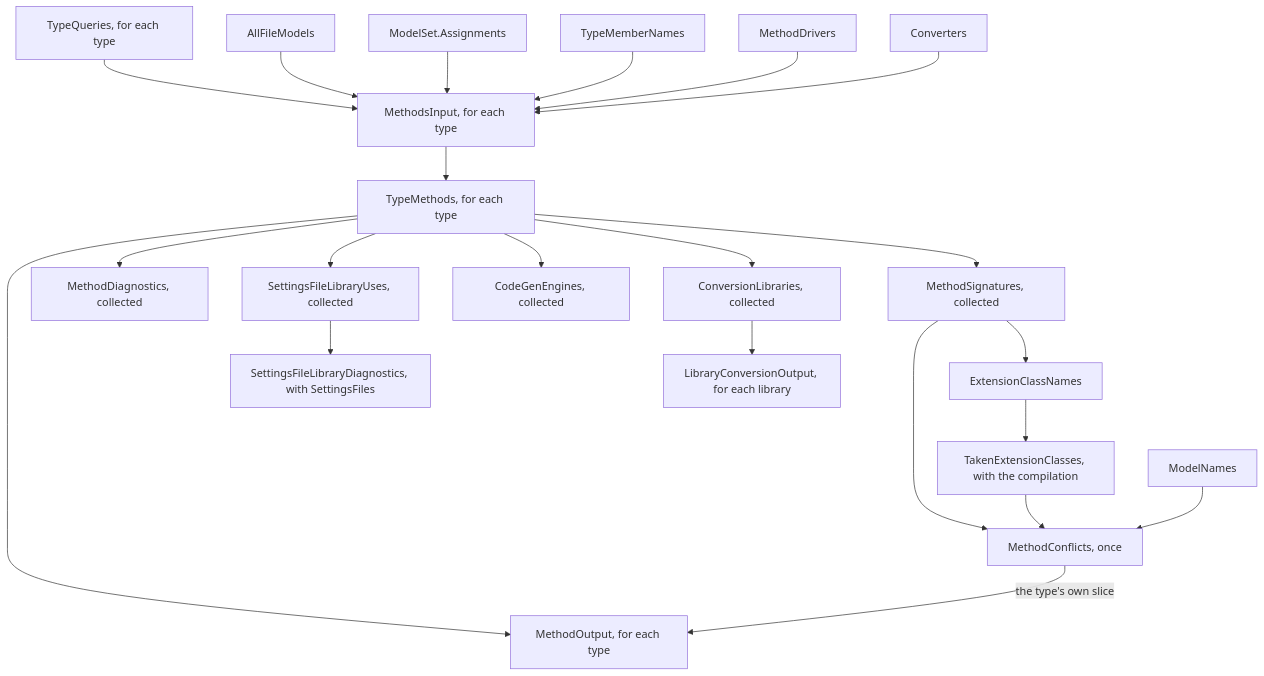
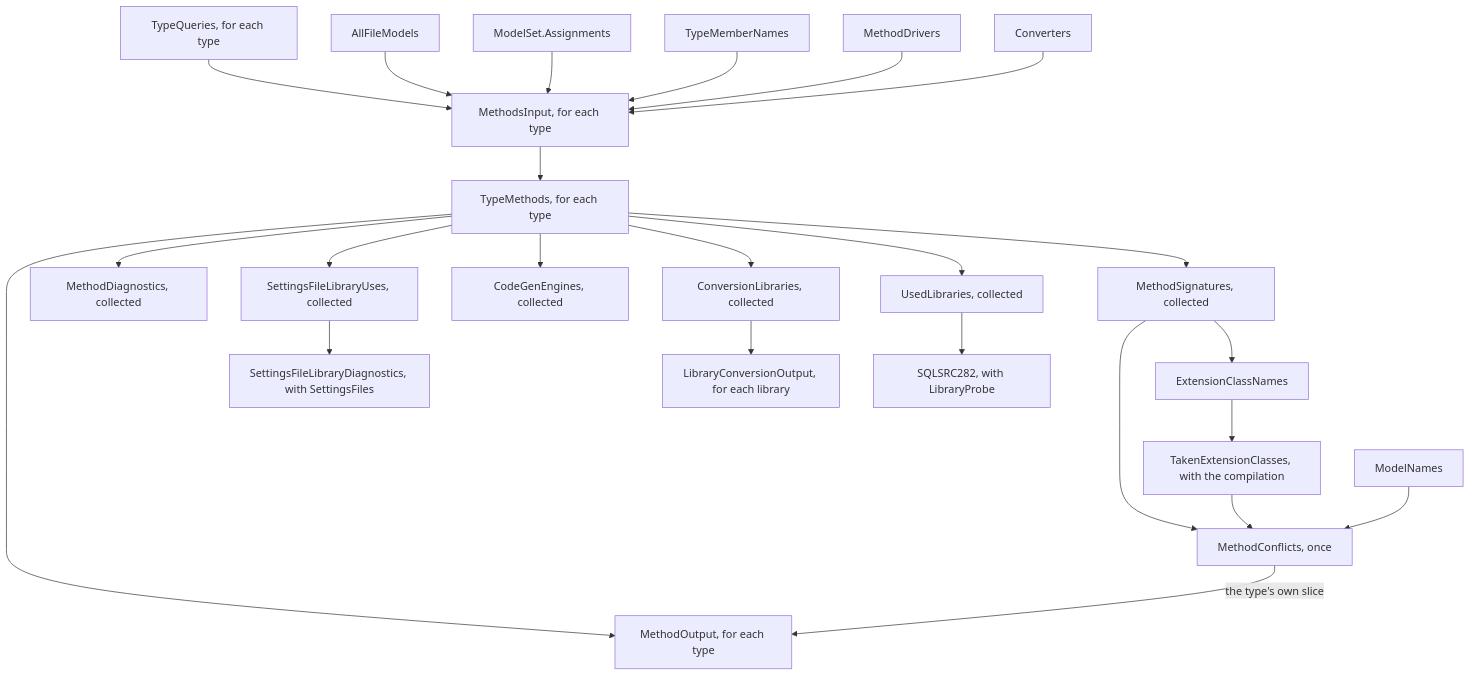
Before and after one commit to mbcrawfo/SqlSource: the third of 3 diagrams in docs/architecture/generator.md, drawn with Mermaid. The commit also changed other lines of this file and 20 other files, not shown here.

````diff
--- a/docs/architecture/generator.md
+++ b/docs/architecture/generator.md
@@ -560,24 +565,26 @@
 ```mermaid
 flowchart TD
     typeQueries["TypeQueries, for each type"] --> input["MethodsInput, for each type"]
     all["AllFileModels"] --> input
     assignments["ModelSet.Assignments"] --> input
     names["TypeMemberNames"] --> input
     drivers["MethodDrivers"] --> input
     converters["Converters"] --> input
     input --> plan["TypeMethods, for each type"]
     plan --> signatures["MethodSignatures, collected"]
     signatures --> classes["ExtensionClassNames"]
     classes --> taken["TakenExtensionClasses, with the compilation"]
     signatures --> conflicts["MethodConflicts, once"]
     taken --> conflicts
     modelNames["ModelNames"] --> conflicts
     plan --> output["MethodOutput, for each type"]
     conflicts -->|"the type's own slice"| output
     plan --> diagnostics["MethodDiagnostics, collected"]
     plan --> libraryUses["SettingsFileLibraryUses, collected"]
     libraryUses --> located["SettingsFileLibraryDiagnostics, with SettingsFiles"]
     plan --> engines["CodeGenEngines, collected"]
     plan --> libraries["ConversionLibraries, collected"]
     libraries --> conversions["LibraryConversionOutput, for each library"]
+    plan --> used["UsedLibraries, collected"]
+    used --> floor["SQLSRC282, with LibraryProbe"]
 ```
````
